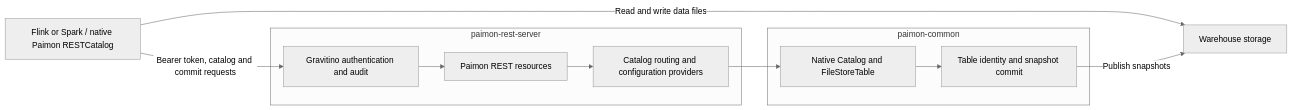
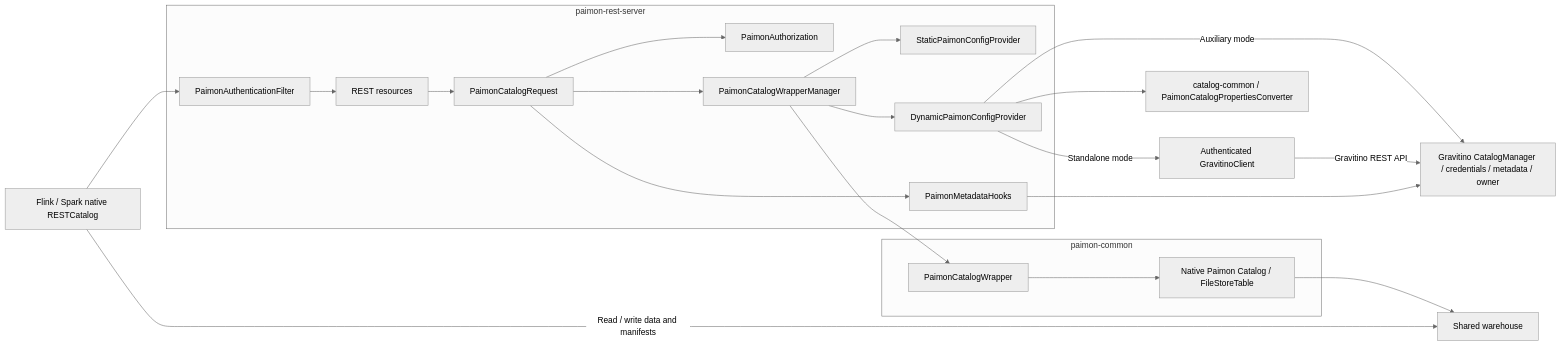
Before and after one commit to apache/gravitino: the diagram in docs/paimon-rest-service.md, drawn with Mermaid (neutral theme). The commit also changed other lines of this file and 4 other files, not shown here.

Commit message:
[#7663] docs(paimon): Document the Paimon REST catalog service

````diff
--- a/docs/paimon-rest-service.md
+++ b/docs/paimon-rest-service.md
@@ -38,20 +50,38 @@
 ```mermaid
 flowchart LR
-  Engine["Flink or Spark / native Paimon RESTCatalog"]
-  subgraph Server["paimon-rest-server"]
-    Auth["Gravitino authentication and audit"]
-    API["Paimon REST resources"]
-    Routes["Catalog routing and configuration providers"]
-    Auth --> API --> Routes
+  Engine["Flink / Spark native RESTCatalog"]
+  subgraph REST["paimon-rest-server"]
+    Auth["PaimonAuthenticationFilter"]
+    Resources["REST resources"]
+    Request["PaimonCatalogRequest"]
+    Policy["PaimonAuthorization"]
+    Cache["PaimonCatalogWrapperManager"]
+    Static["StaticPaimonConfigProvider"]
+    Dynamic["DynamicPaimonConfigProvider"]
+    Hooks["PaimonMetadataHooks"]
+    Auth --> Resources --> Request
+    Request --> Policy
+    Request --> Cache
+    Request --> Hooks
+    Cache --> Static
+    Cache --> Dynamic
   end
   subgraph Common["paimon-common"]
-    Backend["Native Catalog and FileStoreTable"]
-    Commit["Table identity and snapshot commit"]
-    Backend --> Commit
+    Wrapper["PaimonCatalogWrapper"]
+    Native["Native Paimon Catalog / FileStoreTable"]
+    Wrapper --> Native
   end
-  Storage["Warehouse storage"]
-  Engine -->|"Bearer token, catalog and commit requests"| Auth
-  Routes --> Backend
-  Engine -->|"Read and write data files"| Storage
-  Commit -->|"Publish snapshots"| Storage
+  Converter["catalog-common / PaimonCatalogPropertiesConverter"]
+  Core["Gravitino CatalogManager / credentials / metadata / owner"]
+  Client["Authenticated GravitinoClient"]
+  Warehouse["Shared warehouse"]
+  Engine --> Auth
+  Cache --> Wrapper
+  Dynamic --> Converter
+  Dynamic -->|"Auxiliary mode"| Core
+  Dynamic -->|"Standalone mode"| Client
+  Client -->|"Gravitino REST API"| Core
+  Hooks --> Core
+  Native --> Warehouse
+  Engine -->|"Read / write data and manifests"| Warehouse
 ```
````
